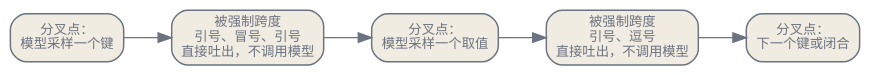
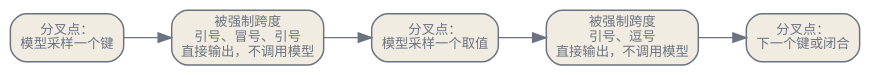
One commit to latere-ai/ai-as-an-infrastructure changed the second of 4 diagrams in zh/inference/05-structured-long-context.qmd. Above: the diagram before and after it, drawn with Graphviz. The commit also changed other lines of this file and 7 other files, not shown here.

````diff
--- a/zh/inference/05-structured-long-context.qmd
+++ b/zh/inference/05-structured-long-context.qmd
@@ -81,20 +81,20 @@
 ```{dot}
 //| label: fig-slc-jumpforward
-//| fig-cap: "在压缩 FSM 上的跳跃式前向解码。被强制跨度折叠成单条边、无需调用模型即可吐出，依据 Yin et al.（2024）。"
+//| fig-cap: "在压缩 FSM 上的跳跃式前向解码。被强制跨度折叠成单条边、无需调用模型即可输出，依据 Yin et al.（2024）。"
 digraph {
   bgcolor="transparent";
   rankdir=LR;
   nodesep=0.4; ranksep=0.5;
   node [shape=box, style="rounded,filled", fontname="Helvetica", fontsize=10, color="#6b7280", fontcolor="#6b7280", fillcolor="#f1ece1", penwidth=1.1];
   edge [fontsize=10, fontname="Helvetica", color="#6b7280", fontcolor="#6b7280"];
   B1 [label="分叉点：\n模型采样一个键"];
-  F1 [label="被强制跨度\n引号、冒号、引号\n直接吐出，不调用模型"];
+  F1 [label="被强制跨度\n引号、冒号、引号\n直接输出，不调用模型"];
   B2 [label="分叉点：\n模型采样一个取值"];
-  F2 [label="被强制跨度\n引号、逗号\n直接吐出，不调用模型"];
+  F2 [label="被强制跨度\n引号、逗号\n直接输出，不调用模型"];
   B3 [label="分叉点：\n下一个键或闭合"];
   B1 -> F1;
   F1 -> B2;
   B2 -> F2;
   F2 -> B3;
 }
 ```
````
